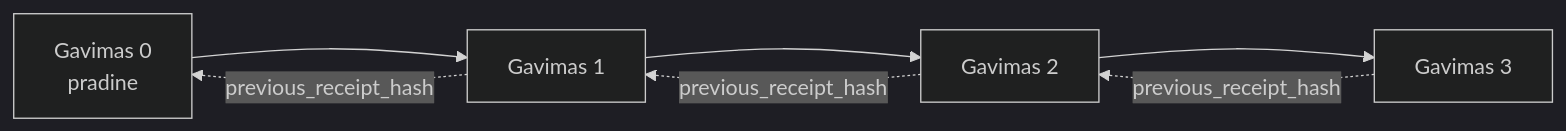
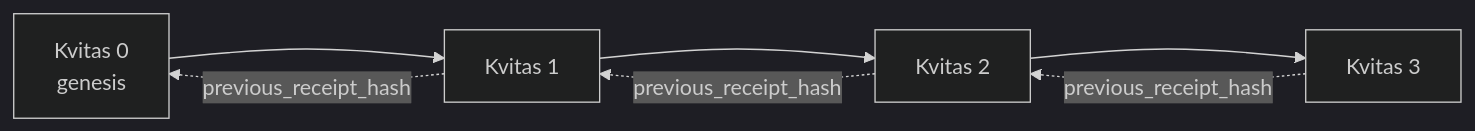
One commit to gabrielmoreira/agent-skills-mirror changed the second of 2 diagrams in mirrors/repos/microsoft@ai-agents-for-beginners/translations/lt/18-securing-ai-agents/README.md. Above: the diagram before and after it, drawn with Mermaid (dark theme). The commit also changed other lines of this file and 2285 other files, not shown here.

````diff
--- a/mirrors/repos/microsoft@ai-agents-for-beginners/translations/lt/18-securing-ai-agents/README.md
+++ b/mirrors/repos/microsoft@ai-agents-for-beginners/translations/lt/18-securing-ai-agents/README.md
@@ -206,9 +206,9 @@
 ```mermaid
 flowchart LR
-    R0[Gavimas 0<br/>pradine] --> R1[Gavimas 1]
-    R1 --> R2[Gavimas 2]
-    R2 --> R3[Gavimas 3]
+    R0[Kvitas 0<br/>genesis] --> R1[Kvitas 1]
+    R1 --> R2[Kvitas 2]
+    R2 --> R3[Kvitas 3]
     R1 -. previous_receipt_hash .-> R0
     R2 -. previous_receipt_hash .-> R1
     R3 -. previous_receipt_hash .-> R2
 ```
````
